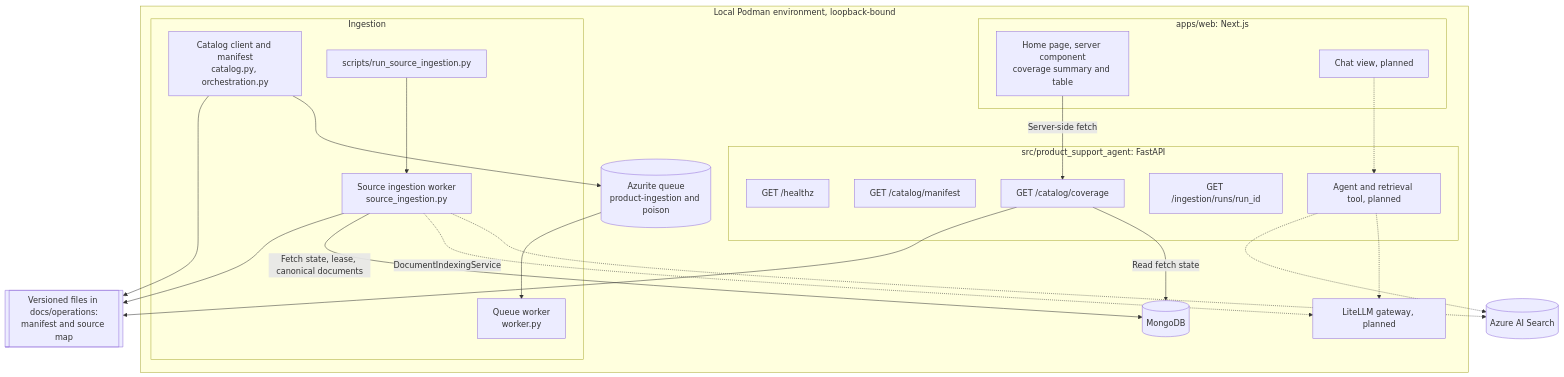
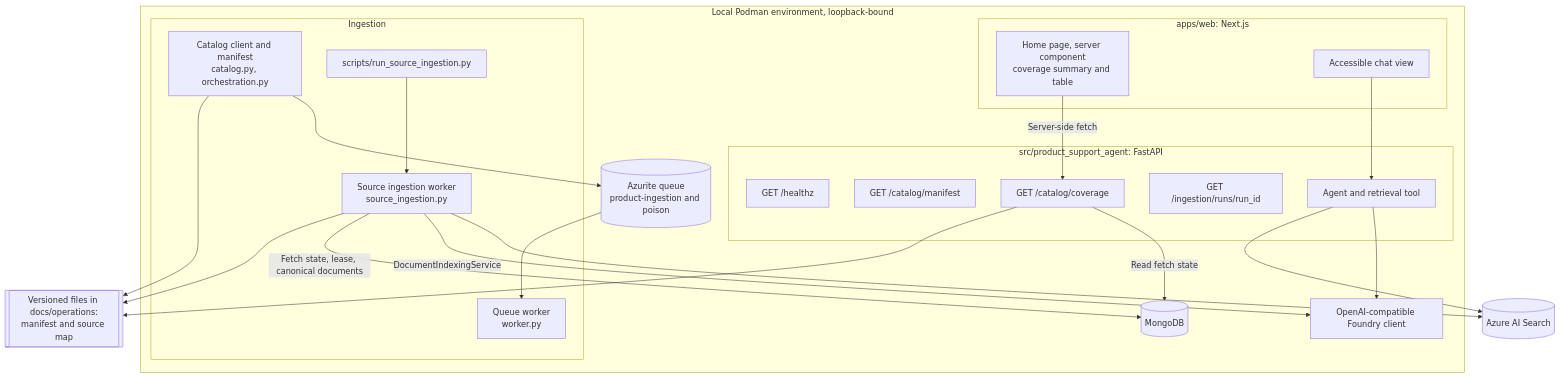
The second of 9 diagrams in docs/architecture/architecture-overview.md (ubk1004/product-support-agent), drawn with Mermaid before and after one commit. The commit also changed other lines of this file and 31 other files, not shown here.

````diff
--- a/docs/architecture/architecture-overview.md
+++ b/docs/architecture/architecture-overview.md
@@ -71,46 +71,46 @@
 ```mermaid
 flowchart TB
     subgraph Local["Local Podman environment, loopback-bound"]
         subgraph Web["apps/web: Next.js"]
             Page["Home page, server component<br/>coverage summary and table"]
-            ChatUI["Chat view, planned"]
+            ChatUI["Accessible chat view"]
         end
 
         subgraph Backend["src/product_support_agent: FastAPI"]
             Health["GET /healthz"]
             ManifestAPI["GET /catalog/manifest"]
             CoverageAPI["GET /catalog/coverage"]
             RunsAPI["GET /ingestion/runs/run_id"]
-            Agent["Agent and retrieval tool, planned"]
+            Agent["Agent and retrieval tool"]
         end
 
         subgraph Jobs["Ingestion"]
             CatalogSvc["Catalog client and manifest<br/>catalog.py, orchestration.py"]
             Phase2Worker["Queue worker<br/>worker.py"]
             SourceWorker["Source ingestion worker<br/>source_ingestion.py"]
             Runner["scripts/run_source_ingestion.py"]
         end
 
         Azurite[(Azurite queue<br/>product-ingestion and poison)]
         Mongo[(MongoDB)]
-        LiteLLM["LiteLLM gateway, planned"]
+        FoundryClient["OpenAI-compatible Foundry client"]
     end
 
     Files[["Versioned files in docs/operations:<br/>manifest and source map"]]
     Search[(Azure AI Search)]
 
     Page -->|Server-side fetch| CoverageAPI
-    ChatUI -.-> Agent
+    ChatUI --> Agent
     CoverageAPI --> Files
     CoverageAPI -->|Read fetch state| Mongo
     CatalogSvc --> Files
     CatalogSvc --> Azurite
     Azurite --> Phase2Worker
     Runner --> SourceWorker
     SourceWorker --> Files
     SourceWorker -->|Fetch state, lease, canonical documents| Mongo
-    SourceWorker -.->|DocumentIndexingService| LiteLLM
-    SourceWorker -.-> Search
-    Agent -.-> Search
-    Agent -.-> LiteLLM
+    SourceWorker -->|DocumentIndexingService| FoundryClient
+    SourceWorker --> Search
+    Agent --> Search
+    Agent --> FoundryClient
 ```
````
